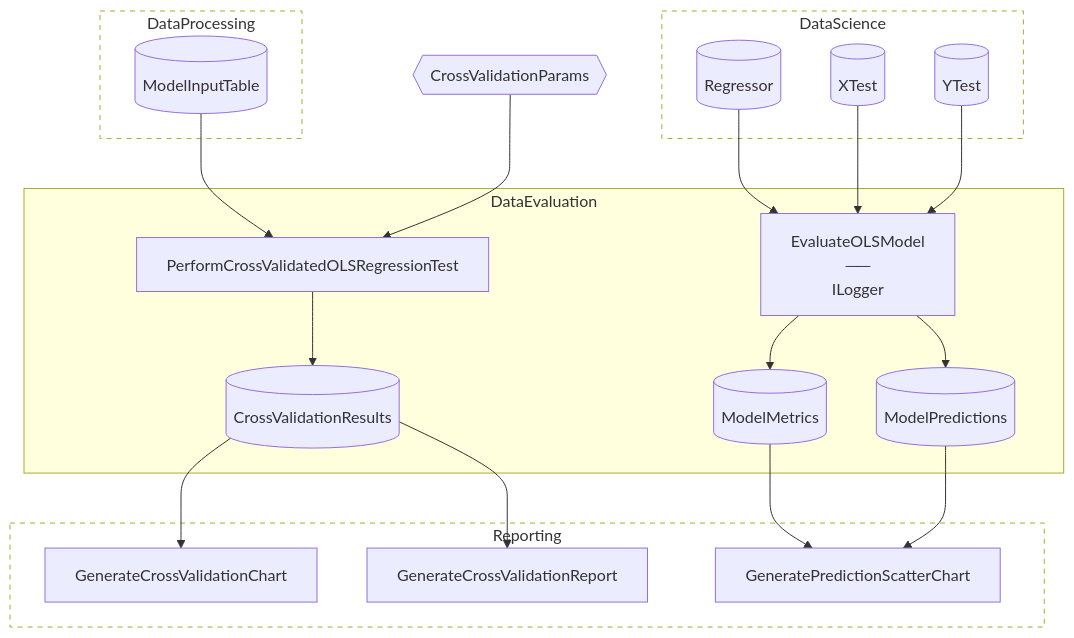
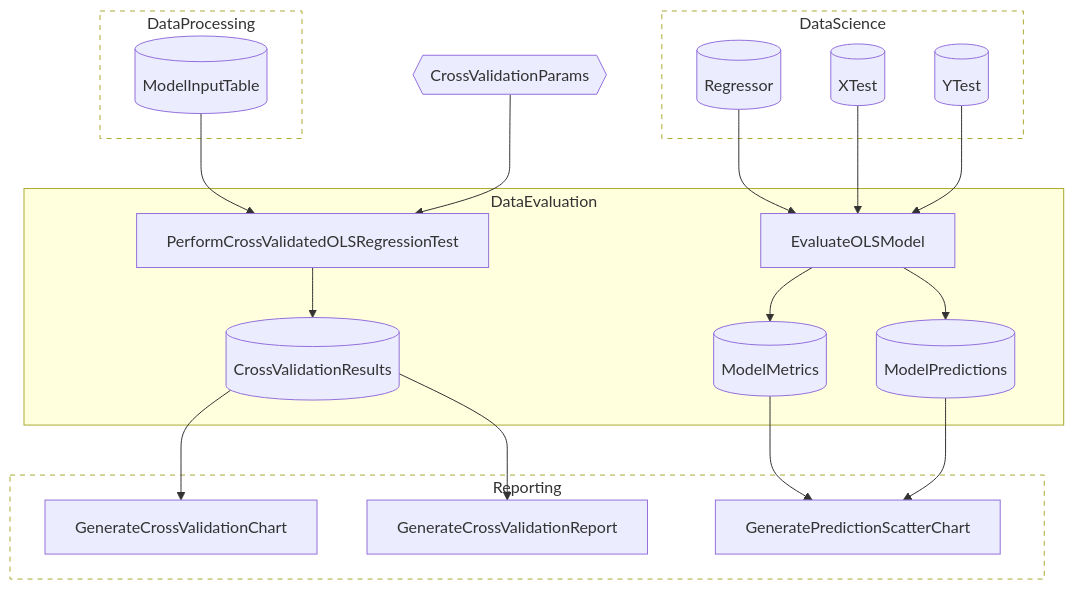
The second of 5 diagrams in examples/advanced/SpaceflightsEnhanced/README.md (chaoticgoodcomputing/flowthru), drawn with Mermaid before and after one commit. The commit also changed other lines of this file and 18 other files, not shown here.

````diff
--- a/examples/advanced/SpaceflightsEnhanced/README.md
+++ b/examples/advanced/SpaceflightsEnhanced/README.md
@@ -90,47 +90,47 @@
 ```mermaid
 flowchart TB
 
     %% External Data Inputs
     CrossValidationParams{{"CrossValidationParams"}}
 
     subgraph DataProcessing_us["DataProcessing"]
         ModelInputTable[("ModelInputTable")]
     end
 
     subgraph DataScience_us["DataScience"]
         Regressor[("Regressor")]
         XTest[("XTest")]
         YTest[("YTest")]
     end
 
     subgraph DataEvaluation["DataEvaluation"]
         PerformCrossValidatedOLSRegressionTest["PerformCrossValidatedOLSRegressionTest"]
         CrossValidationResults[("CrossValidationResults")]
-        EvaluateOLSModel["EvaluateOLSModel<br>──<br>ILogger"]
+        EvaluateOLSModel["EvaluateOLSModel"]
         ModelMetrics[("ModelMetrics")]
         ModelPredictions[("ModelPredictions")]
     end
 
     subgraph Reporting_ds["Reporting"]
         GenerateCrossValidationChart["GenerateCrossValidationChart"]
         GenerateCrossValidationReport["GenerateCrossValidationReport"]
         GeneratePredictionScatterChart["GeneratePredictionScatterChart"]
     end
 
     %% Edges
     ModelInputTable --> PerformCrossValidatedOLSRegressionTest
     CrossValidationParams --> PerformCrossValidatedOLSRegressionTest
     PerformCrossValidatedOLSRegressionTest --> CrossValidationResults
     Regressor --> EvaluateOLSModel
     XTest --> EvaluateOLSModel
     YTest --> EvaluateOLSModel
     EvaluateOLSModel --> ModelMetrics
     EvaluateOLSModel --> ModelPredictions
     CrossValidationResults --> GenerateCrossValidationChart
     CrossValidationResults --> GenerateCrossValidationReport
     ModelMetrics --> GeneratePredictionScatterChart
     ModelPredictions --> GeneratePredictionScatterChart
 
     classDef collapsed stroke-dasharray:5 5,fill:transparent
     class DataProcessing_us,DataScience_us,Reporting_ds collapsed
 ```
````
